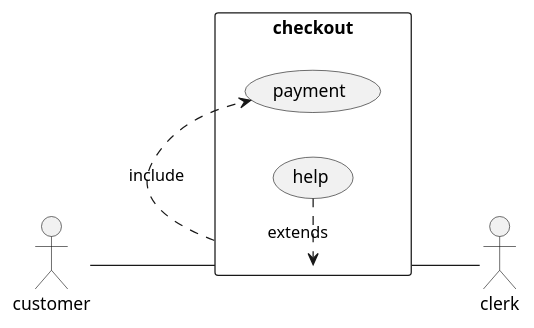
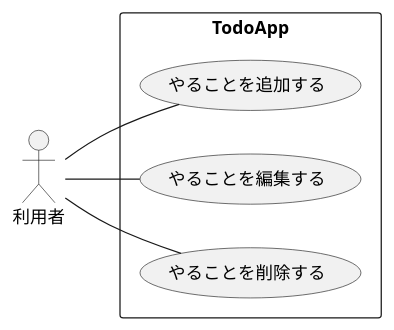
The first of 5 diagrams in docs/todo.adoc (k2works/application_programing_excercise_2022), drawn with PlantUML before and after one commit. The commit also changed other lines of this file and 2 other files, not shown here.

```diff
--- a/docs/todo.adoc
+++ b/docs/todo.adoc
@@ -18,13 +22,11 @@
 [plantuml]
 ----
 left to right direction
 skinparam packageStyle rectangle
-actor customer
-actor clerk
-rectangle checkout {
-  customer -- (checkout)
-  (checkout) .> (payment) : include
-  (help) .> (checkout) : extends
-  (checkout) -- clerk
+actor 利用者
+rectangle TodoApp {
+  利用者 -- (やることを追加する)
+  利用者 -- (やることを編集する)
+  利用者 -- (やることを削除する)
 }
 ----
```
